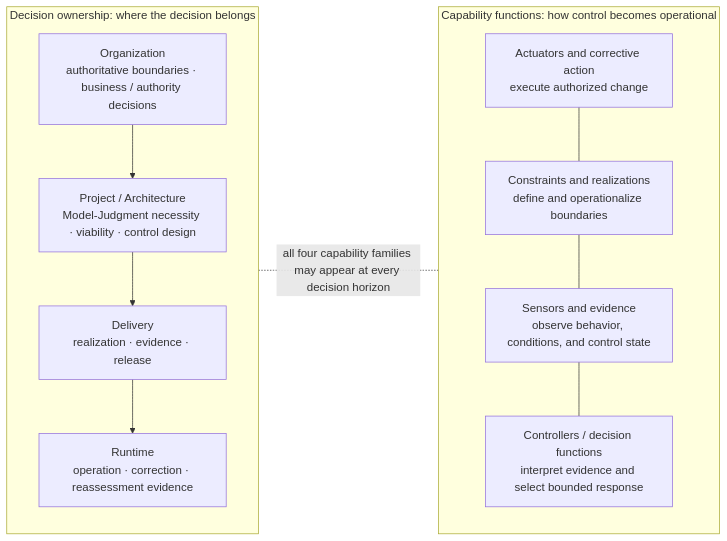
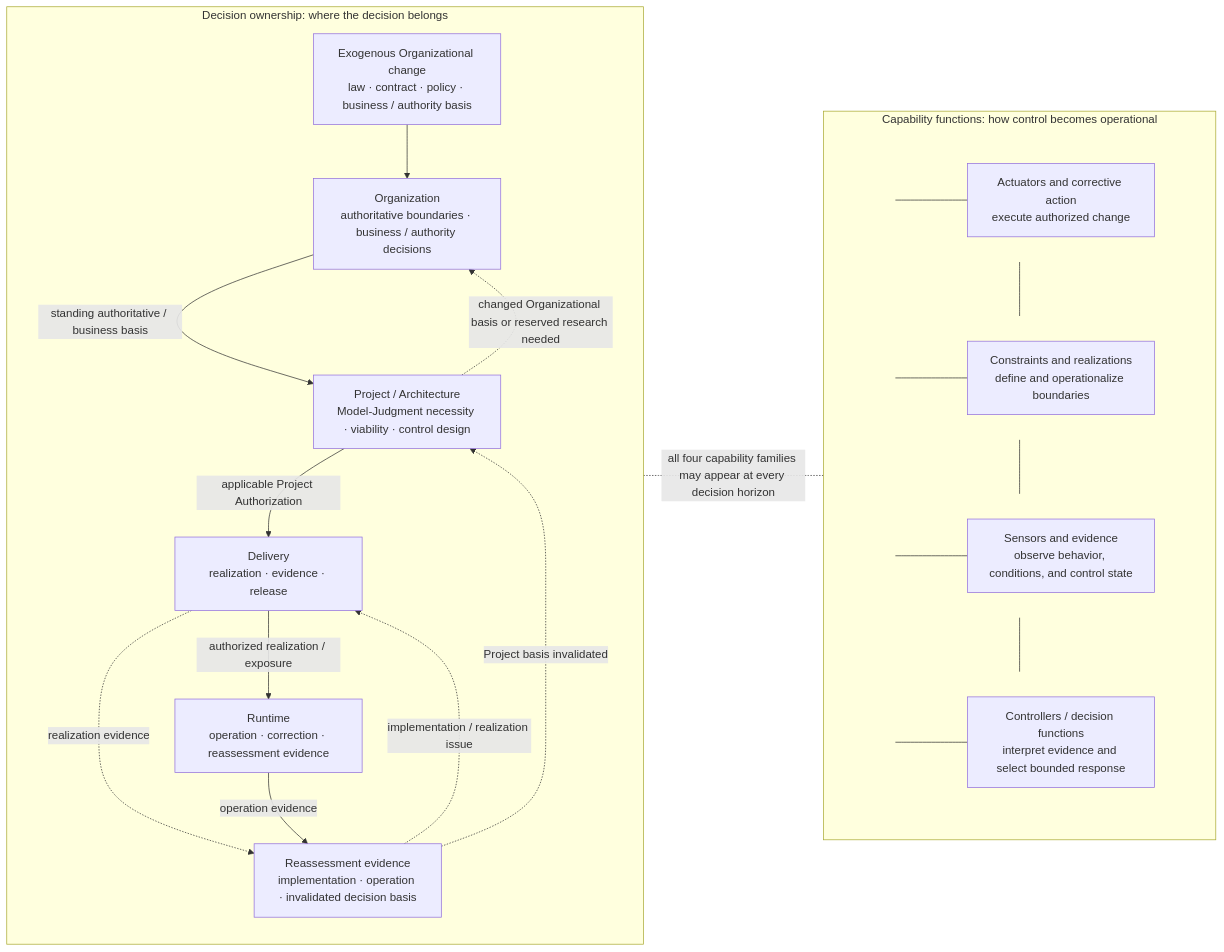
The eighth of 8 diagrams in content/research/notes/thinking-systems-publication-draft.md (UncertaintyArchitectureGroup/uncertainty-architecture), drawn with Mermaid before and after one commit. The commit also changed other lines of this file, not shown here.

Commit message:
Tighten publication orientation and orthogonal model

````diff
--- a/content/research/notes/thinking-systems-publication-draft.md
+++ b/content/research/notes/thinking-systems-publication-draft.md
@@ -375,22 +363,53 @@
 ```mermaid
 flowchart LR
     subgraph L["Decision ownership: where the decision belongs"]
         direction TB
         O["Organization<br/>authoritative boundaries · business / authority decisions"]
         P["Project / Architecture<br/>Model-Judgment necessity · viability · control design"]
         D["Delivery<br/>realization · evidence · release"]
         R["Runtime<br/>operation · correction · reassessment evidence"]
-        O --> P --> D --> R
+        E["Reassessment evidence<br/>implementation · operation · invalidated decision basis"]
+        X["Exogenous Organizational change<br/>law · contract · policy · business / authority basis"]
+
+        O -->|standing authoritative / business basis| P
+        P -->|applicable Project Authorization| D
+        D -->|authorized realization / exposure| R
+        P -. changed Organizational basis or reserved research needed .-> O
+        D -. realization evidence .-> E
+        R -->|operation evidence| E
+        E -. implementation / realization issue .-> D
+        E -. Project basis invalidated .-> P
+        X --> O
     end
 
     subgraph F["Capability functions: how control becomes operational"]
         direction TB
-        A["Actuators and corrective action<br/>execute authorized change"]
-        K["Constraints and realizations<br/>define and operationalize boundaries"]
-        S["Sensors and evidence<br/>observe behavior, conditions, and control state"]
-        C["Controllers / decision functions<br/>interpret evidence and select bounded response"]
-        A --- K --- S --- C
+        subgraph F1[" "]
+            direction LR
+            J1(( )) --- A["Actuators and corrective action<br/>execute authorized change"]
+        end
+        subgraph F2[" "]
+            direction LR
+            J2(( )) --- K["Constraints and realizations<br/>define and operationalize boundaries"]
+        end
+        subgraph F3[" "]
+            direction LR
+            J3(( )) --- S["Sensors and evidence<br/>observe behavior, conditions, and control state"]
+        end
+        subgraph F4[" "]
+            direction LR
+            J4(( )) --- C["Controllers / decision functions<br/>interpret evidence and select bounded response"]
+        end
+        J1 --- J2
+        J2 --- J3
+        J3 --- J4
+        style F1 fill:none,stroke:none
+        style F2 fill:none,stroke:none
+        style F3 fill:none,stroke:none
+        style F4 fill:none,stroke:none
     end
 
     L -. "all four capability families may appear at every decision horizon" .- F
+    classDef railpoint fill:transparent,stroke:transparent,color:transparent;
+    class J1,J2,J3,J4 railpoint;
 ```
````
